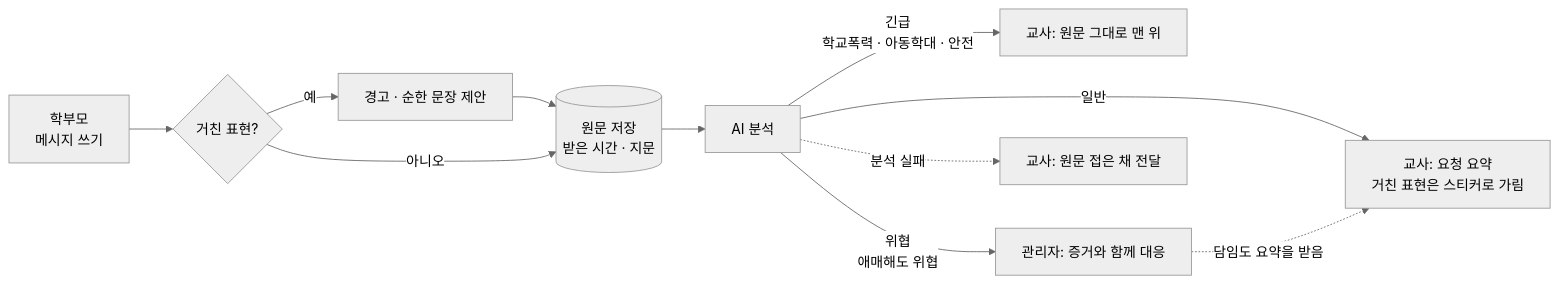
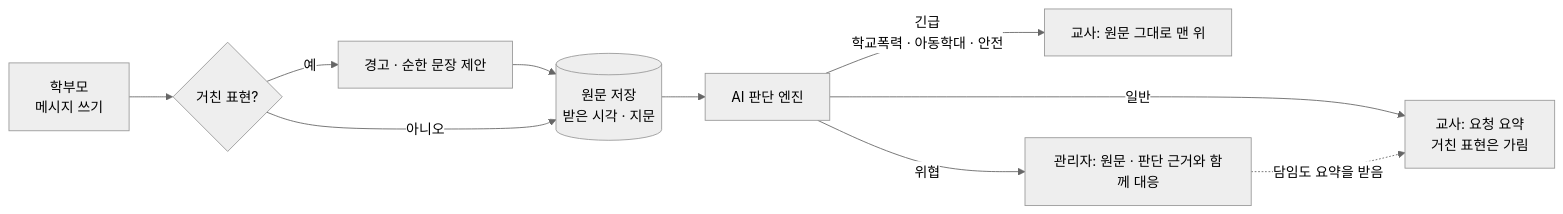
The diagram in README.md (tacocat404/Adventure-Design), drawn with Mermaid (neutral theme) before and after one commit. The commit also changed other lines of this file and 26 other files, not shown here.

````diff
--- a/README.md
+++ b/README.md
@@ -27,13 +34,12 @@
 ```mermaid
 flowchart LR
     P["학부모<br/>메시지 쓰기"] --> C{"거친 표현?"}
     C -- "예" --> W["경고 · 순한 문장 제안"]
     W --> S
-    C -- "아니오" --> S[("원문 저장<br/>받은 시간 · 지문")]
-    S --> AI["AI 분석"]
+    C -- "아니오" --> S[("원문 저장<br/>받은 시각 · 지문")]
+    S --> AI["AI 판단 엔진"]
     AI -- "긴급<br/>학교폭력 · 아동학대 · 안전" --> U["교사: 원문 그대로 맨 위"]
-    AI -- "일반" --> N["교사: 요청 요약<br/>거친 표현은 스티커로 가림"]
-    AI -- "위협<br/>애매해도 위협" --> T["관리자: 증거와 함께 대응"]
+    AI -- "일반" --> N["교사: 요청 요약<br/>거친 표현은 가림"]
+    AI -- "위협" --> T["관리자: 원문 · 판단 근거와 함께 대응"]
     T -. "담임도 요약을 받음" .-> N
-    AI -. "분석 실패" .-> F["교사: 원문 접은 채 전달"]
 ```
````
